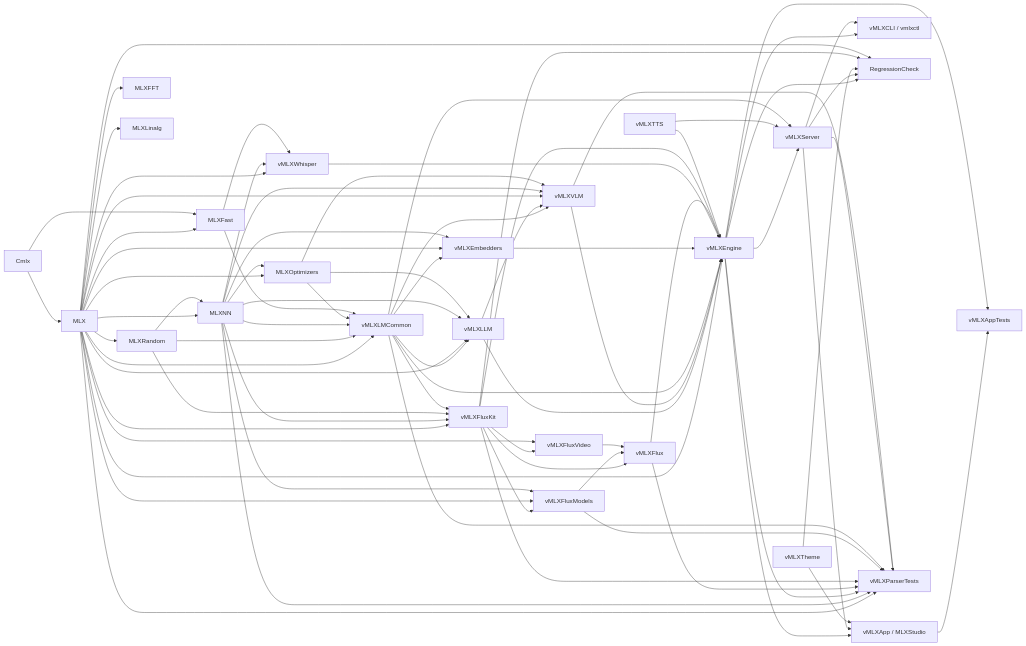
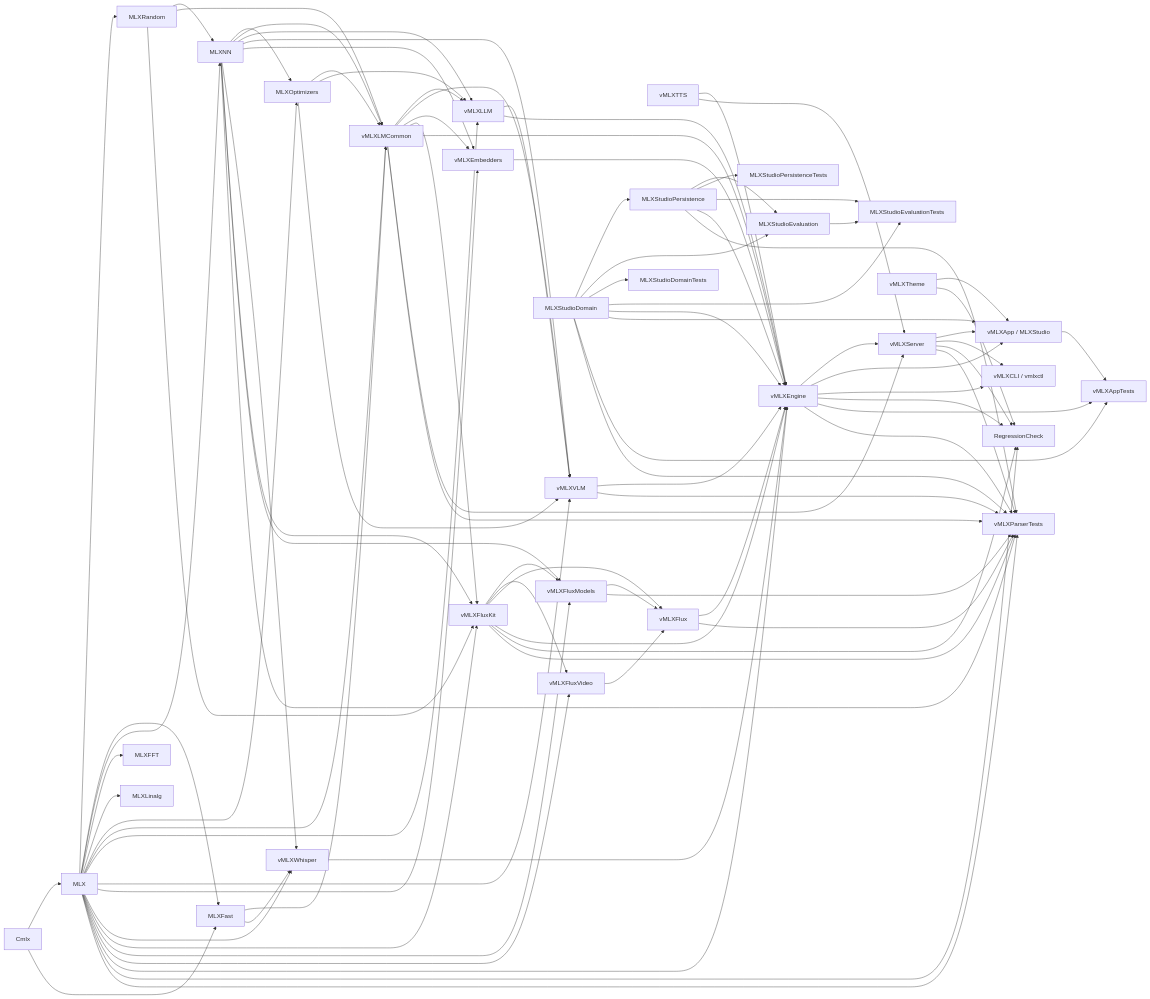
One commit to hornsan1/mlx-studio-beta changed the first of 5 diagrams in docs/architecture/mlx-studio-consolidation/dependency-graph.md. Above: the diagram before and after it, drawn with Mermaid. The commit also changed 10 other files, not shown here.

First line of the commit message:
[PR 6/20] Add evaluation primitives and persistence (#9)

```diff
--- a/docs/architecture/mlx-studio-consolidation/dependency-graph.md
+++ b/docs/architecture/mlx-studio-consolidation/dependency-graph.md
@@ -49,6 +49,16 @@
     FluxKit --> Flux["vMLXFlux"]
     FluxModels --> Flux
     FluxVideo --> Flux
+    Domain["MLXStudioDomain"] --> Persistence["MLXStudioPersistence"]
+    Domain --> Evaluation["MLXStudioEvaluation"]
+    Persistence --> Evaluation
+    Domain --> DomainTests["MLXStudioDomainTests"]
+    Persistence --> PersistenceTests["MLXStudioPersistenceTests"]
+    Domain --> EvaluationTests["MLXStudioEvaluationTests"]
+    Persistence --> EvaluationTests
+    Evaluation --> EvaluationTests
+    Domain --> Engine
+    Persistence --> Engine
     MLX --> Engine["vMLXEngine"]
     LLM --> Engine
     VLM --> Engine
@@ -64,6 +74,7 @@
     Engine --> App["vMLXApp / MLXStudio"]
     Server --> App
     Theme["vMLXTheme"] --> App
+    Domain --> App
     Engine --> CLI["vMLXCLI / vmlxctl"]
     Server --> CLI
     Engine --> Regression["RegressionCheck"]
@@ -73,8 +84,11 @@
     MLX --> Regression
     App --> AppTests["vMLXAppTests"]
     Engine --> AppTests
+    Domain --> AppTests
     MLX --> ParserTests["vMLXParserTests"]
     MLXNN --> ParserTests
+    Domain --> ParserTests
+    Persistence --> ParserTests
     Engine --> ParserTests
     Flux --> ParserTests
     FluxKit --> ParserTests
```
